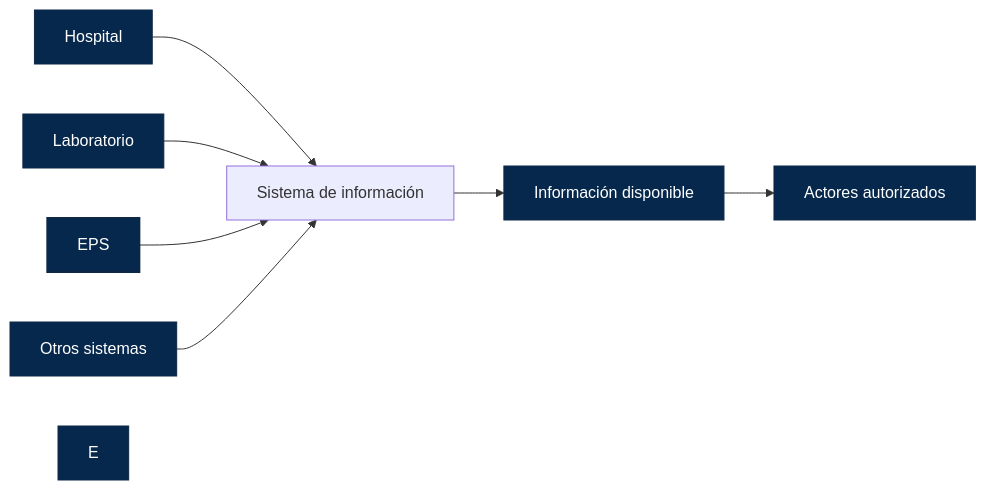
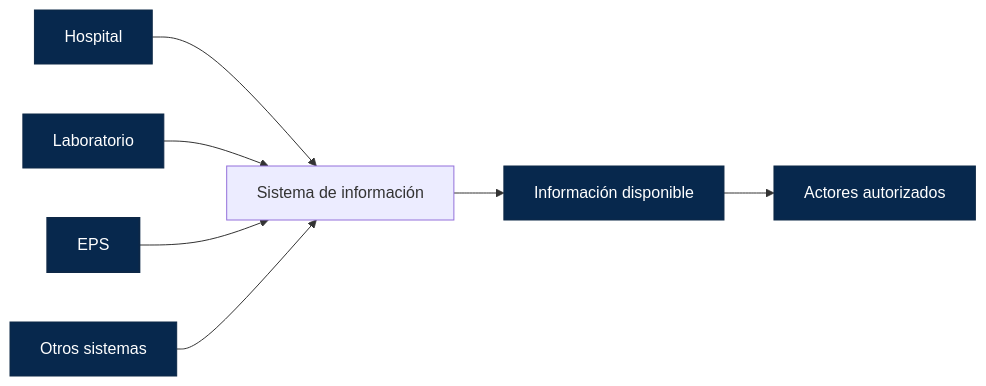
Diagram 15 of 15 in Knowledge Base/2 Articulos e investigaciones/3. Hospitalización y Software.md (JhalexR/learning-journey), drawn with Mermaid before and after one commit. The commit also changed other lines of this file, not shown here.

````diff
--- a/Knowledge Base/2 Articulos e investigaciones/3. Hospitalización y Software.md
+++ b/Knowledge Base/2 Articulos e investigaciones/3. Hospitalización y Software.md
@@ -547,24 +547,23 @@
 ```mermaid
 flowchart LR
     A[Hospital]
     B[Laboratorio]
     C[EPS]
     D[Otros sistemas]
 
     A --> S[Sistema de información]
     B --> S
     C --> S
     D --> S
 
     S --> I[Información disponible]
     I --> U[Actores autorizados]
 
     %% Estilos de los nodos
     style C fill:#07284d,stroke:#0d2847,stroke-width:2px,color:#fff;
     style A fill:#07284d,stroke:#0d2847,stroke-width:1px,color:#fff;
     style B fill:#07284d,stroke:#0d2847,stroke-width:1px,color:#fff;
     style D fill:#07284d,stroke:#0d2847,stroke-width:1px,color:#fff;
-    style E fill:#07284d,stroke:#0d2847,stroke-width:1px,color:#fff;
     style I fill:#07284d,stroke:#0d2847,stroke-width:1px,color:#fff;
     style U fill:#07284d,stroke:#0d2847,stroke-width:1px,color:#fff;
 ```
````
